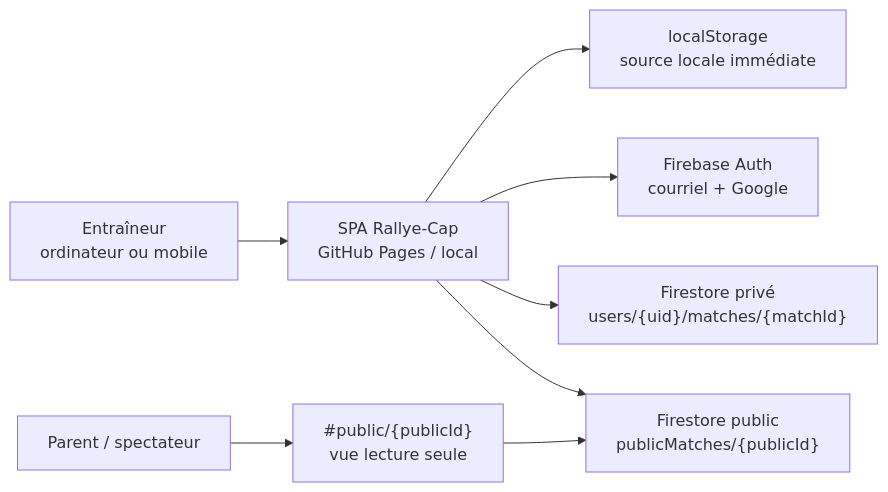
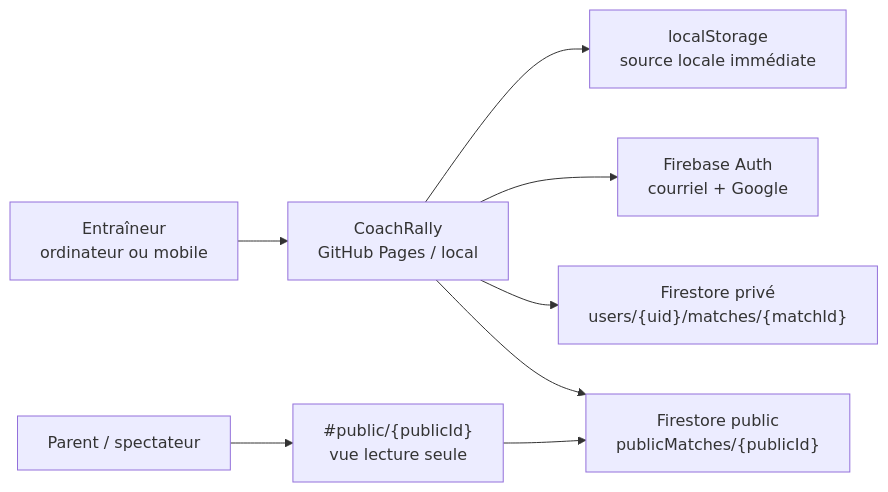
One commit to flegault/rallye-cap changed the first of 8 diagrams in docs/firebase-firestore-sync.md. Above: the diagram before and after it, drawn with Mermaid. The commit also changed 12 other files, not shown here.

Commit message:
Personnaliser CoachRally et enrichir les exports

````diff
--- a/docs/firebase-firestore-sync.md
+++ b/docs/firebase-firestore-sync.md
@@ -7,10 +7,10 @@
 ```mermaid
 flowchart LR
-  Coach["Entraîneur<br/>ordinateur ou mobile"] --> App["SPA Rallye-Cap<br/>GitHub Pages / local"]
+  Coach["Entraîneur<br/>ordinateur ou mobile"] --> App["CoachRally<br/>GitHub Pages / local"]
   App --> Local["localStorage<br/>source locale immédiate"]
   App --> Auth["Firebase Auth<br/>courriel + Google"]
   App --> Private["Firestore privé<br/>users/{uid}/matches/{matchId}"]
   App --> Public["Firestore public<br/>publicMatches/{publicId}"]
   Parent["Parent / spectateur"] --> PublicView["#public/{publicId}<br/>vue lecture seule"]
   PublicView --> Public
 ```
````
